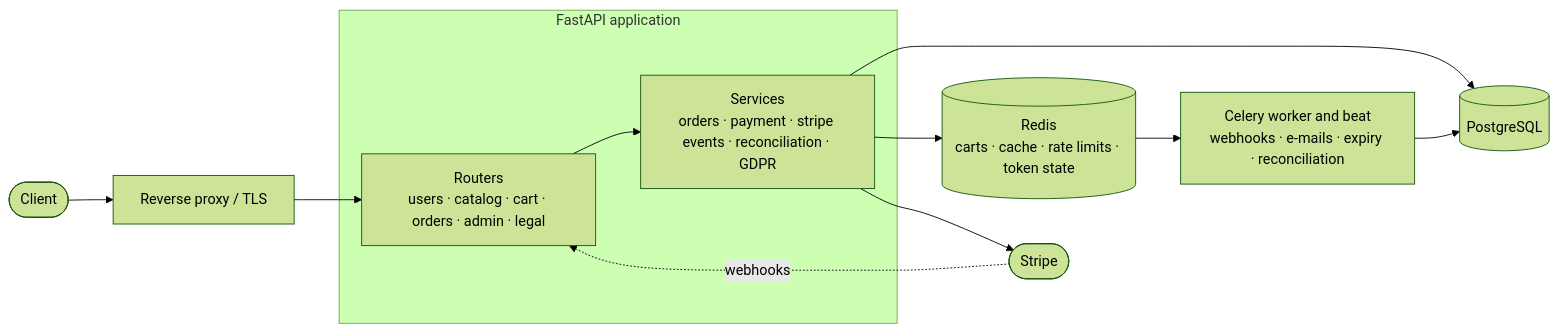
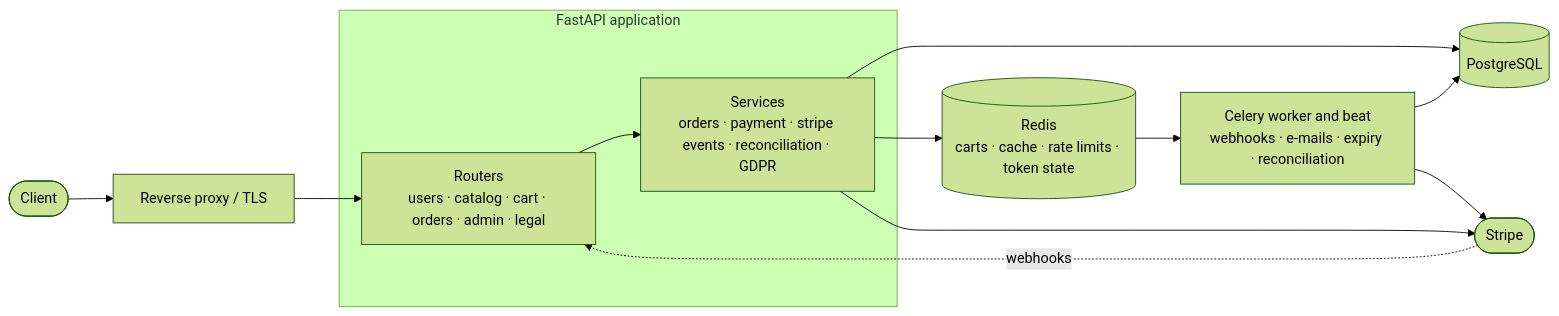
The diagram in README.md (nadeko0/fastapi_e-commerce_backend), drawn with Mermaid (forest theme) before and after one commit. The commit also changed other lines of this file and 6 other files, not shown here.

First line of the commit message:
docs: verify diagrams and prose against the 6.0.0 code

````diff
--- a/README.md
+++ b/README.md
@@ -31,16 +31,17 @@
 ```mermaid
 flowchart LR
     Client([Client]) --> Proxy[Reverse proxy / TLS]
     Proxy --> API
 
     subgraph App[FastAPI application]
         API[Routers<br/>users · catalog · cart · orders · admin · legal] --> Services[Services<br/>orders · payment · stripe events · reconciliation · GDPR]
     end
 
     Services --> DB[(PostgreSQL)]
     Services --> Redis[(Redis<br/>carts · cache · rate limits · token state)]
     Services --> Stripe([Stripe])
     Stripe -. webhooks .-> API
     Redis --> Worker[Celery worker and beat<br/>webhooks · e-mails · expiry · reconciliation]
     Worker --> DB
+    Worker --> Stripe
 ```
````
